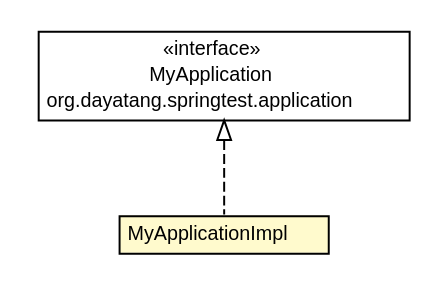
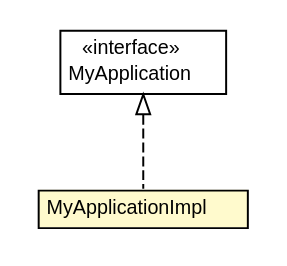
One commit to dayatang/dddlib changed the diagram in dddlib-spring-test/testapidocs/org/dayatang/springtest/application/impl/MyApplicationImpl.dot. Above: the diagram before and after it, drawn with Graphviz. The commit also changed 132 other files, not shown here.

```diff
--- a/dddlib-spring-test/testapidocs/org/dayatang/springtest/application/impl/MyApplicationImpl.dot
+++ b/dddlib-spring-test/testapidocs/org/dayatang/springtest/application/impl/MyApplicationImpl.dot
@@ -1,28 +1,27 @@
 #!/usr/local/bin/dot
 #
 # Class diagram 
 # Generated by UMLGraph version R5_6_6-8-g8d7759 (http://www.umlgraph.org/)
 #
 
 digraph G {
 	edge [fontname="Helvetica",fontsize=10,labelfontname="Helvetica",labelfontsize=10];
 	node [fontname="Helvetica",fontsize=10,shape=plaintext];
 	nodesep=0.25;
 	ranksep=0.5;
 	// org.dayatang.springtest.application.impl.MyApplicationImpl
-	c67 [label=<<table title="org.dayatang.springtest.application.impl.MyApplicationImpl" border="0" cellborder="1" cellspacing="0" cellpadding="2" port="p" bgcolor="lemonChiffon" href="./MyApplicationImpl.html">
+	c61 [label=<<table title="org.dayatang.springtest.application.impl.MyApplicationImpl" border="0" cellborder="1" cellspacing="0" cellpadding="2" port="p" bgcolor="lemonChiffon" href="./MyApplicationImpl.html">
 		<tr><td><table border="0" cellspacing="0" cellpadding="1">
 <tr><td align="center" balign="center"> MyApplicationImpl </td></tr>
 		</table></td></tr>
 		</table>>, URL="./MyApplicationImpl.html", fontname="Helvetica", fontcolor="black", fontsize=10.0];
 	// org.dayatang.springtest.application.MyApplication
-	c68 [label=<<table title="org.dayatang.springtest.application.MyApplication" border="0" cellborder="1" cellspacing="0" cellpadding="2" port="p" href="../MyApplication.html">
+	c62 [label=<<table title="org.dayatang.springtest.application.MyApplication" border="0" cellborder="1" cellspacing="0" cellpadding="2" port="p" href="../MyApplication.html">
 		<tr><td><table border="0" cellspacing="0" cellpadding="1">
 <tr><td align="center" balign="center"> &#171;interface&#187; </td></tr>
 <tr><td align="center" balign="center"> MyApplication </td></tr>
-<tr><td align="center" balign="center"> org.dayatang.springtest.application </td></tr>
 		</table></td></tr>
 		</table>>, URL="../MyApplication.html", fontname="Helvetica", fontcolor="black", fontsize=10.0];
 	//org.dayatang.springtest.application.impl.MyApplicationImpl implements org.dayatang.springtest.application.MyApplication
-	c68:p -> c67:p [dir=back,arrowtail=empty,style=dashed];
+	c62:p -> c61:p [dir=back,arrowtail=empty,style=dashed];
 }
```
